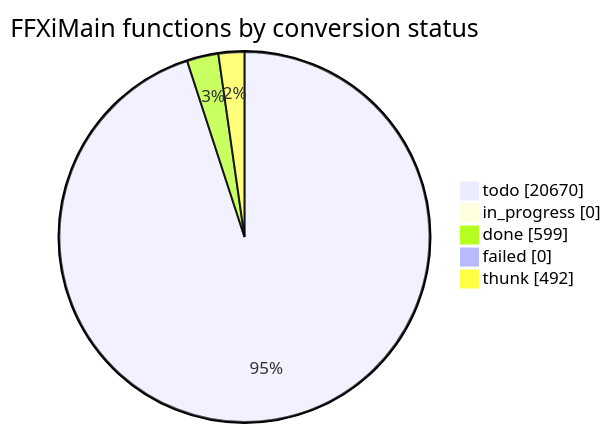
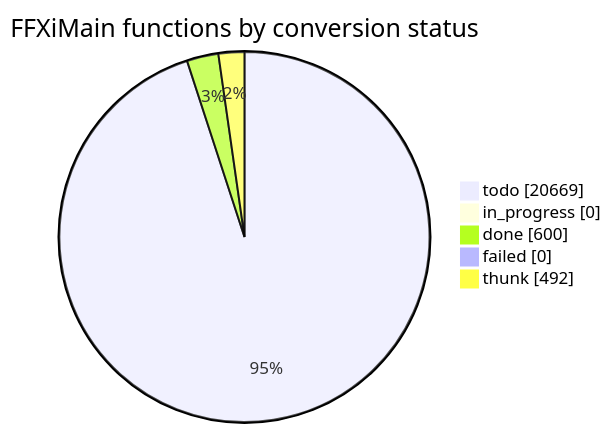
Before and after one commit to cowrevenge/cow_kuluu_xi_anything: the diagram in docs/cow/STATUS.md, drawn with Mermaid. The commit also changed other lines of this file and 9 other files, not shown here.

````diff
--- a/docs/cow/STATUS.md
+++ b/docs/cow/STATUS.md
@@ -18,9 +18,9 @@
 ```mermaid
 pie showData
     title FFXiMain functions by conversion status
-    "todo" : 20670
+    "todo" : 20669
     "in_progress" : 0
-    "done" : 599
+    "done" : 600
     "failed" : 0
     "thunk" : 492
 ```
````
